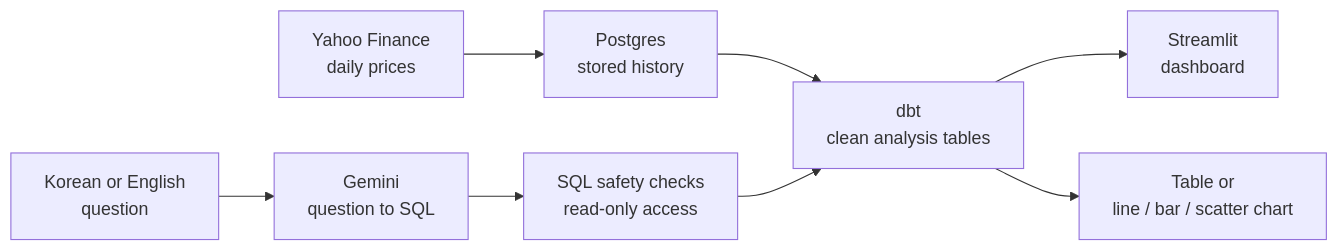
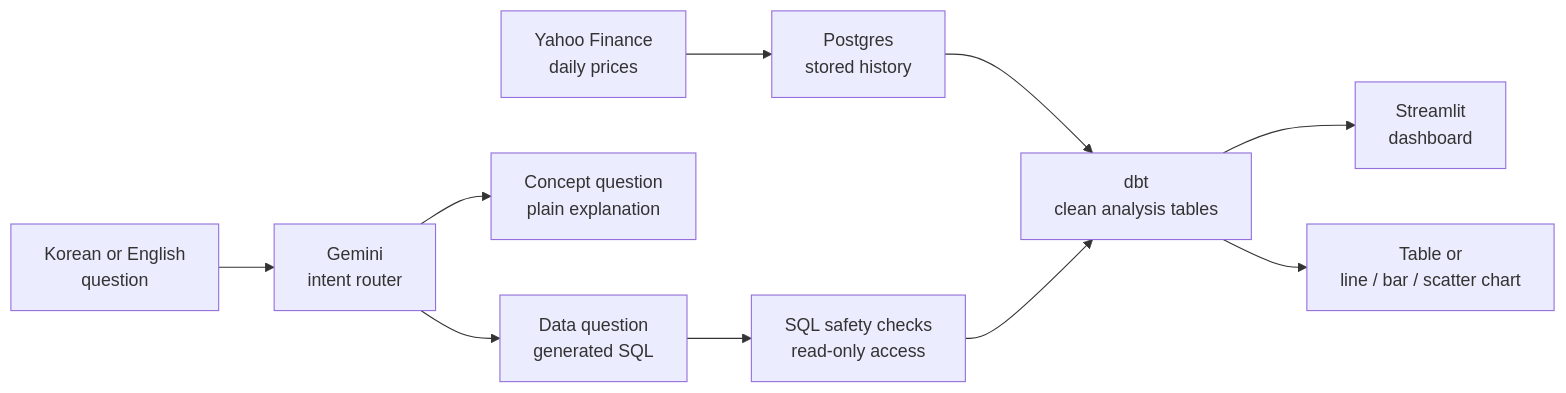
The diagram in README.md (aestim/etf-analytics), drawn with Mermaid before and after one commit. The commit also changed other lines of this file and 6 other files, not shown here.

Commit message:
feat: route concept questions through Gemini

````diff
--- a/README.md
+++ b/README.md
@@ -34,10 +34,12 @@
 ```mermaid
 flowchart LR
     A["Yahoo Finance<br/>daily prices"] --> B["Postgres<br/>stored history"]
     B --> C["dbt<br/>clean analysis tables"]
     C --> D["Streamlit<br/>dashboard"]
-    E["Korean or English<br/>question"] --> F["Gemini<br/>question to SQL"]
-    F --> G["SQL safety checks<br/>read-only access"]
-    G --> C
+    E["Korean or English<br/>question"] --> F["Gemini<br/>intent router"]
+    F --> I["Concept question<br/>plain explanation"]
+    F --> G["Data question<br/>generated SQL"]
+    G --> K["SQL safety checks<br/>read-only access"]
+    K --> C
     C --> H["Table or<br/>line / bar / scatter chart"]
 ```
````
